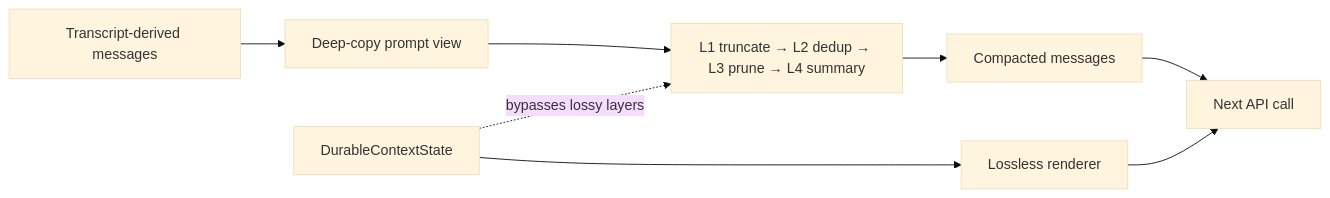
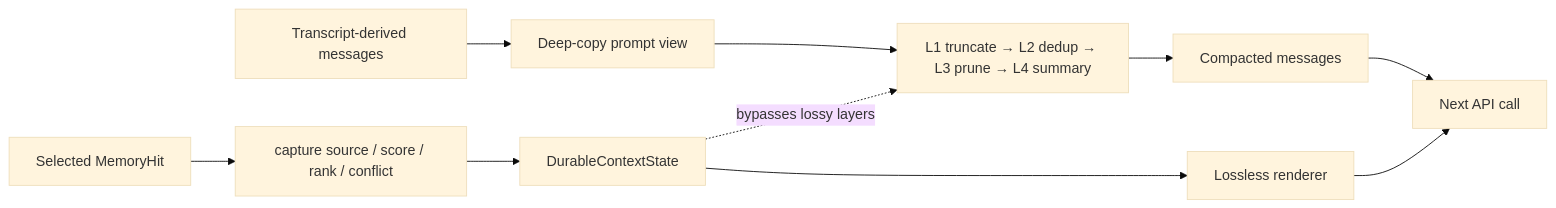
One commit to Zenquan/learn-workbuddy changed the diagram in s14_context_compact/README.md. Above: the diagram before and after it, drawn with Mermaid (base theme). The commit also changed other lines of this file and 4 other files, not shown here.

````diff
--- a/s14_context_compact/README.md
+++ b/s14_context_compact/README.md
@@ -13,10 +13,12 @@
 ```mermaid
 flowchart LR
     A["Transcript-derived messages"] --> B["Deep-copy prompt view"]
     B --> C["L1 truncate → L2 dedup → L3 prune → L4 summary"]
     C --> D["Compacted messages"]
-    S["DurableContextState"] --> R["Lossless renderer"]
+    H["Selected MemoryHit"] --> P["capture source / score / rank / conflict"]
+    P --> S["DurableContextState"]
+    S --> R["Lossless renderer"]
     R --> E["Next API call"]
     D --> E
     S -. "bypasses lossy layers" .-> C
 ```
````
